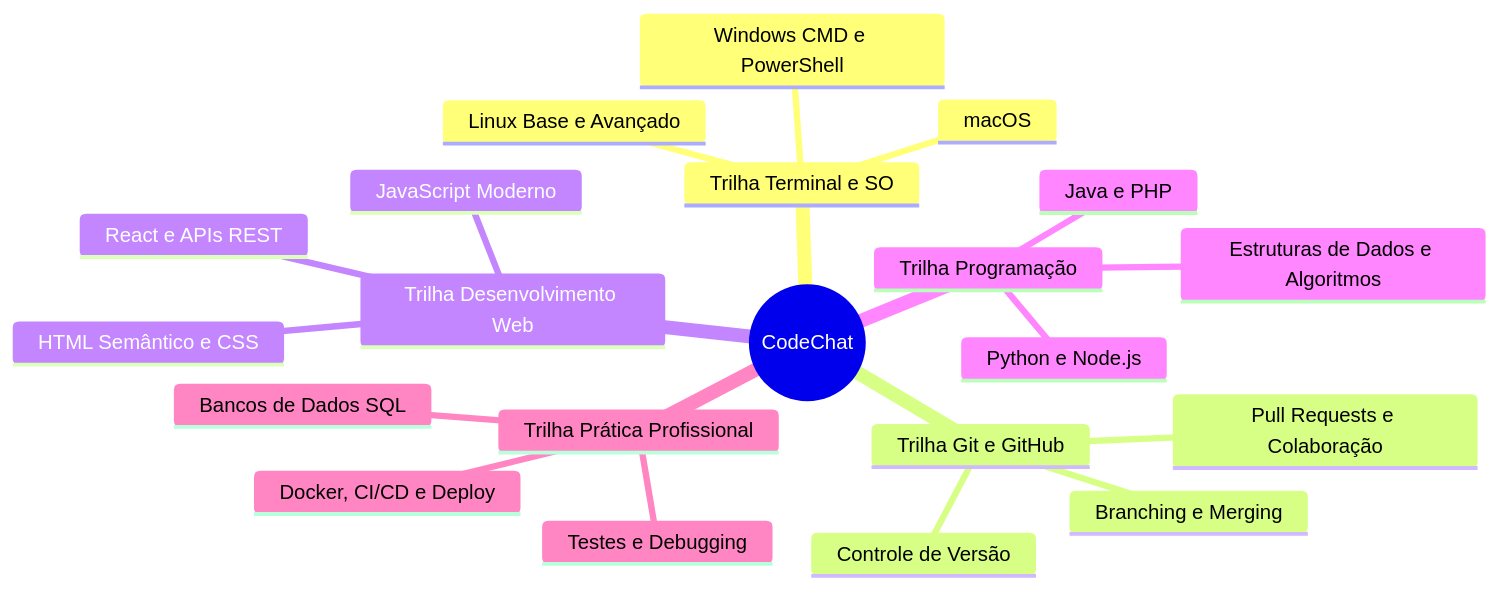
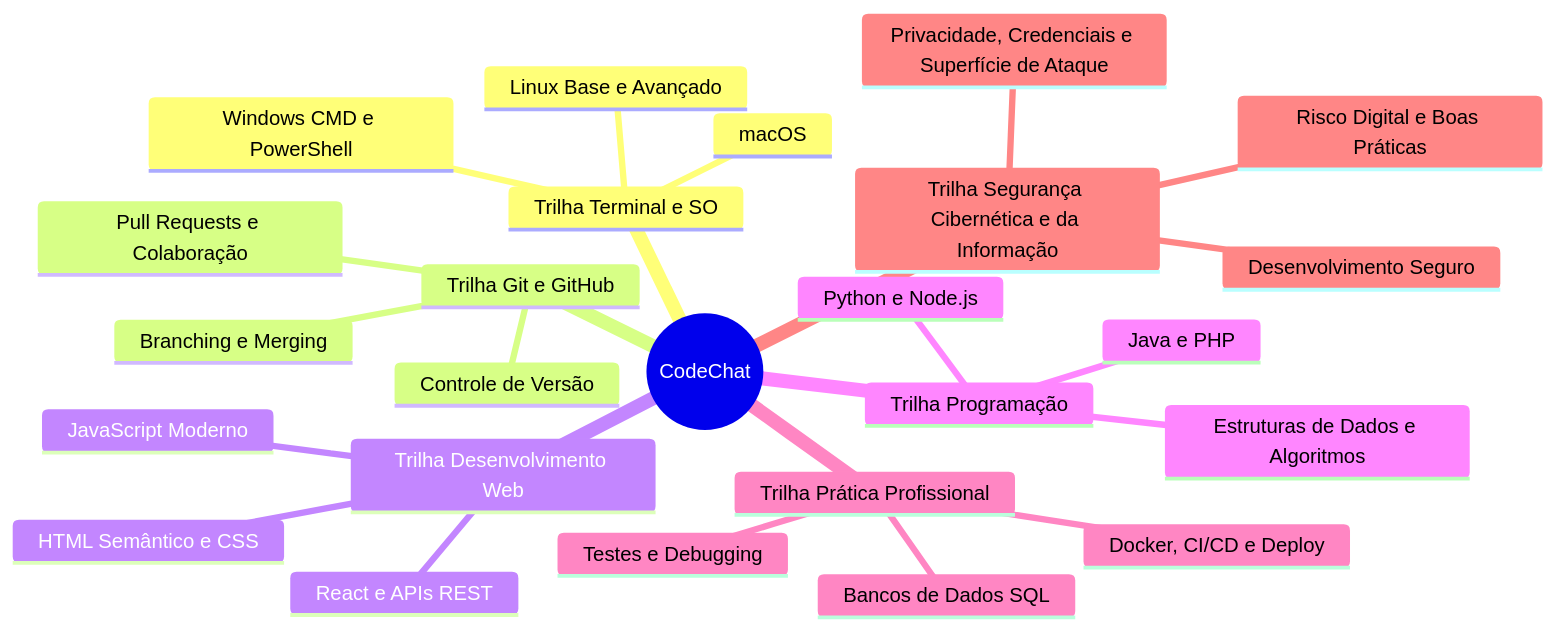
Before and after one commit to reinaldogramachof-hash/RootScoll: the fourth of 6 diagrams in docs/operations/visual-operational-brain.md, drawn with Mermaid. The commit also changed other lines of this file and 7 other files, not shown here.

````diff
--- a/docs/operations/visual-operational-brain.md
+++ b/docs/operations/visual-operational-brain.md
@@ -105,24 +105,28 @@
 ```mermaid
 mindmap
   root((CodeChat))
     Trilha Terminal e SO
       Linux Base e Avançado
       macOS
       Windows CMD e PowerShell
     Trilha Git e GitHub
       Controle de Versão
       Branching e Merging
       Pull Requests e Colaboração
     Trilha Desenvolvimento Web
       HTML Semântico e CSS
       JavaScript Moderno
       React e APIs REST
     Trilha Programação
       Python e Node.js
       Java e PHP
       Estruturas de Dados e Algoritmos
     Trilha Prática Profissional
       Bancos de Dados SQL
       Testes e Debugging
       Docker, CI/CD e Deploy
+    Trilha Segurança Cibernética e da Informação
+      Risco Digital e Boas Práticas
+      Desenvolvimento Seguro
+      Privacidade, Credenciais e Superfície de Ataque
 ```
````
